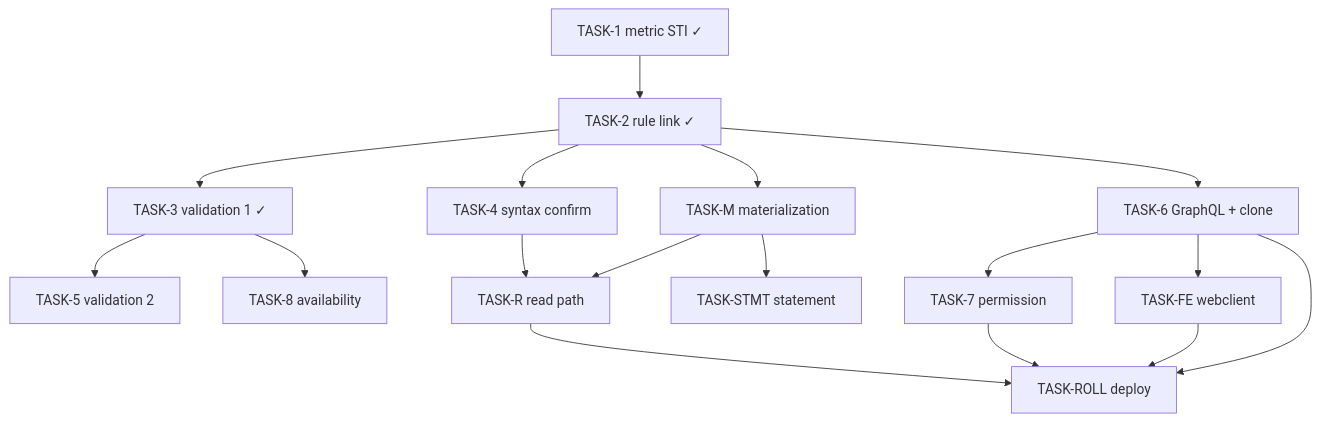
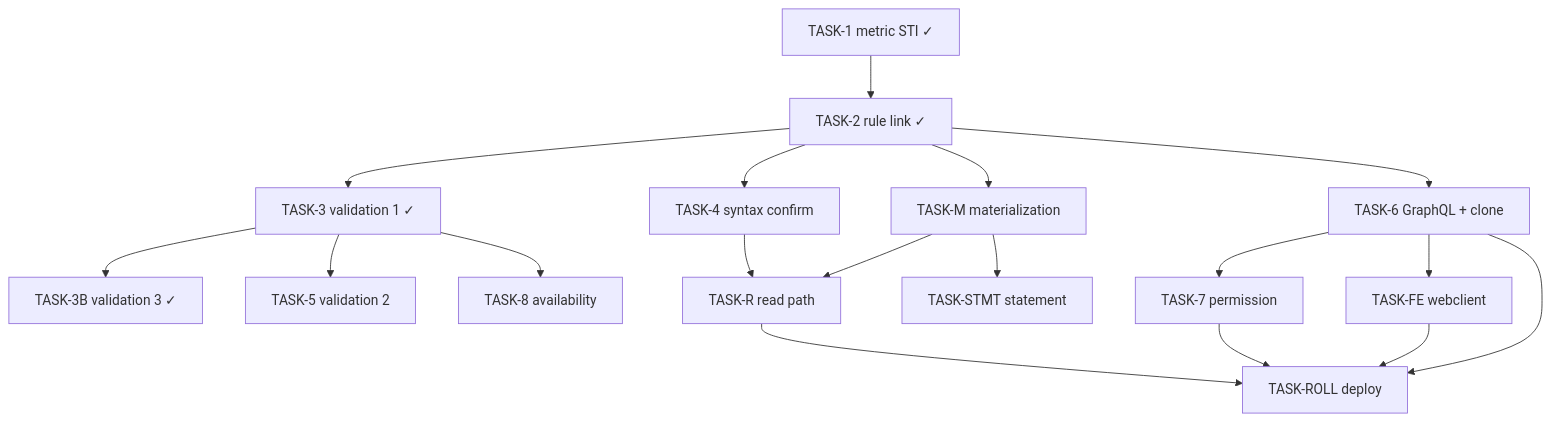
Before and after one commit to plribeiro3000/dot-claude-plans: the diagram in active/app/output-variables/TASKS.md, drawn with Mermaid. The commit also changed other lines of this file and 15 other files, not shown here.

````diff
--- a/active/app/output-variables/TASKS.md
+++ b/active/app/output-variables/TASKS.md
@@ -211,19 +223,20 @@
 ```mermaid
 graph TD
   T1[TASK-1 metric STI ✓] --> T2[TASK-2 rule link ✓]
   T2 --> T3[TASK-3 validation 1 ✓]
+  T3 --> T3B[TASK-3B validation 3 ✓]
   T3 --> T5[TASK-5 validation 2]
   T2 --> T4[TASK-4 syntax confirm]
   T2 --> TM[TASK-M materialization]
   TM --> TR[TASK-R read path]
   T4 --> TR
   T2 --> T6[TASK-6 GraphQL + clone]
   T6 --> T7[TASK-7 permission]
   T6 --> TFE[TASK-FE webclient]
   T3 --> T8[TASK-8 availability]
   TM --> TSTMT[TASK-STMT statement]
   TR --> TROLL[TASK-ROLL deploy]
   T6 --> TROLL
   T7 --> TROLL
   TFE --> TROLL
 ```
````
